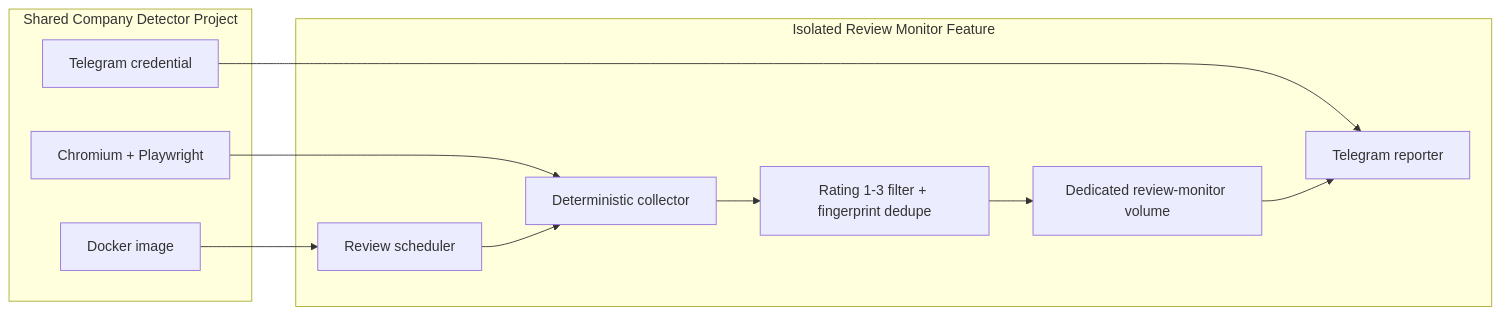
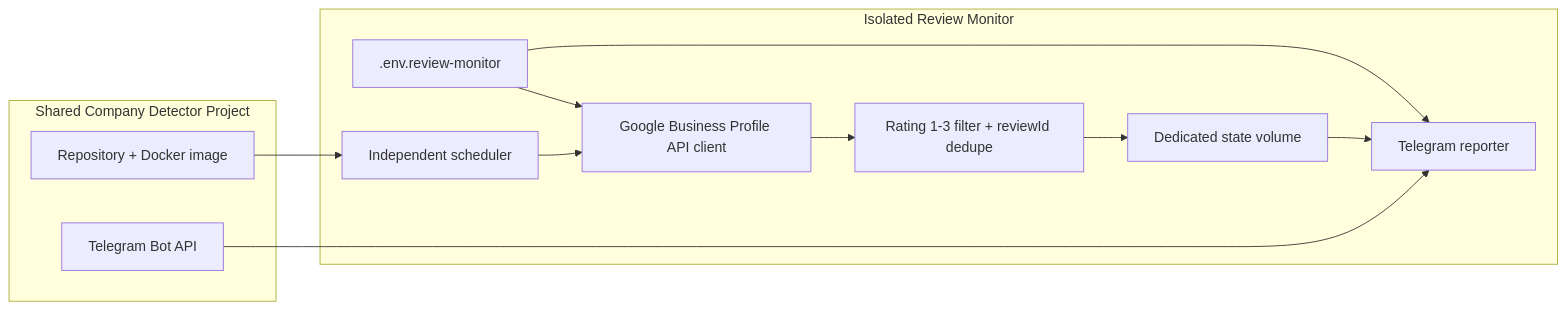
One commit to nunutech40/company-detector-bot changed the first of 2 diagrams in docs/technical/GOOGLE_REVIEW_MONITOR.md. Above: the diagram before and after it, drawn with Mermaid. The commit also changed other lines of this file and 22 other files, not shown here.

Commit message:
Prepare Google Business Profile review monitor

````diff
--- a/docs/technical/GOOGLE_REVIEW_MONITOR.md
+++ b/docs/technical/GOOGLE_REVIEW_MONITOR.md
@@ -38,21 +42,22 @@
 ```mermaid
 flowchart LR
   subgraph shared["Shared Company Detector Project"]
-    Image["Docker image"]
-    Chromium["Chromium + Playwright"]
-    TelegramCredential["Telegram credential"]
+    Repo["Repository + Docker image"]
+    TelegramCredential["Telegram Bot API"]
   end
 
-  subgraph isolated["Isolated Review Monitor Feature"]
-    Scheduler["Review scheduler"]
-    Collector["Deterministic collector"]
-    Filter["Rating 1-3 filter + fingerprint dedupe"]
-    State["Dedicated review-monitor volume"]
+  subgraph isolated["Isolated Review Monitor"]
+    Scheduler["Independent scheduler"]
+    GBP["Google Business Profile API client"]
+    Filter["Rating 1-3 filter + reviewId dedupe"]
+    State["Dedicated state volume"]
     Reporter["Telegram reporter"]
+    Env[".env.review-monitor"]
   end
 
-  Image --> Scheduler
-  Chromium --> Collector
+  Repo --> Scheduler
+  Env --> GBP
+  Env --> Reporter
+  Scheduler --> GBP --> Filter --> State --> Reporter
   TelegramCredential --> Reporter
-  Scheduler --> Collector --> Filter --> State --> Reporter
 ```
````
